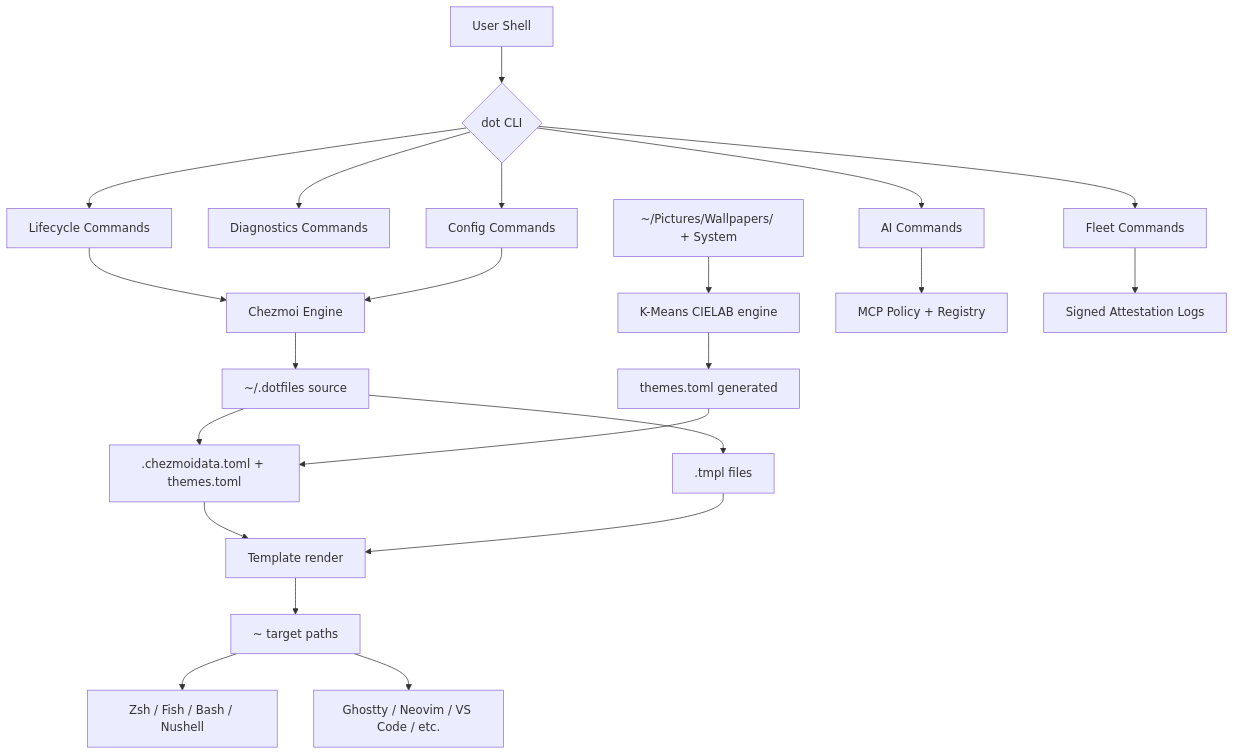
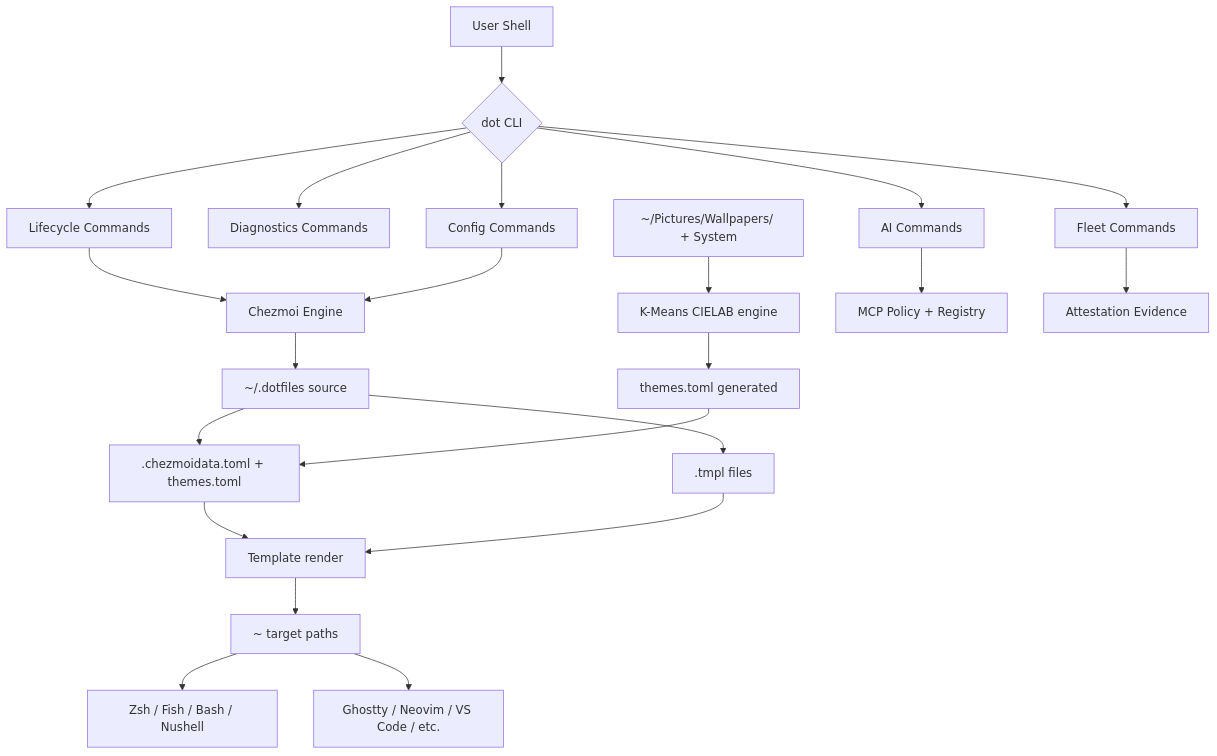
One commit to sebastienrousseau/dotfiles changed the diagram in docs/manual/01-concepts/01-architecture.md. Above: the diagram before and after it, drawn with Mermaid. The commit also changed other lines of this file and 236 other files, not shown here.

````diff
--- a/docs/manual/01-concepts/01-architecture.md
+++ b/docs/manual/01-concepts/01-architecture.md
@@ -70,31 +73,31 @@
 ```mermaid
 graph TD
     User[User Shell] --> CLI{dot CLI}
 
     CLI --> L[Lifecycle Commands]
     CLI --> D[Diagnostics Commands]
     CLI --> A[AI Commands]
     CLI --> C[Config Commands]
     CLI --> F[Fleet Commands]
 
     L --> Chezmoi[Chezmoi Engine]
     C --> Chezmoi
 
     Chezmoi --> Source[~/.dotfiles source]
     Source --> Data[.chezmoidata.toml + themes.toml]
     Source --> Tmpl[.tmpl files]
 
     Data --> Render[Template render]
     Tmpl --> Render
     Render --> Target[~ target paths]
 
     Target --> Shells[Zsh / Fish / Bash / Nushell]
     Target --> Apps[Ghostty / Neovim / VS Code / etc.]
 
     Wallpapers[~/Pictures/Wallpapers/ + System] --> KMeans[K-Means CIELAB engine]
     KMeans --> ThemesT[themes.toml generated]
     ThemesT --> Data
 
     A --> MCP[MCP Policy + Registry]
-    F --> Attest[Signed Attestation Logs]
+    F --> Attest[Attestation Evidence]
 ```
````
